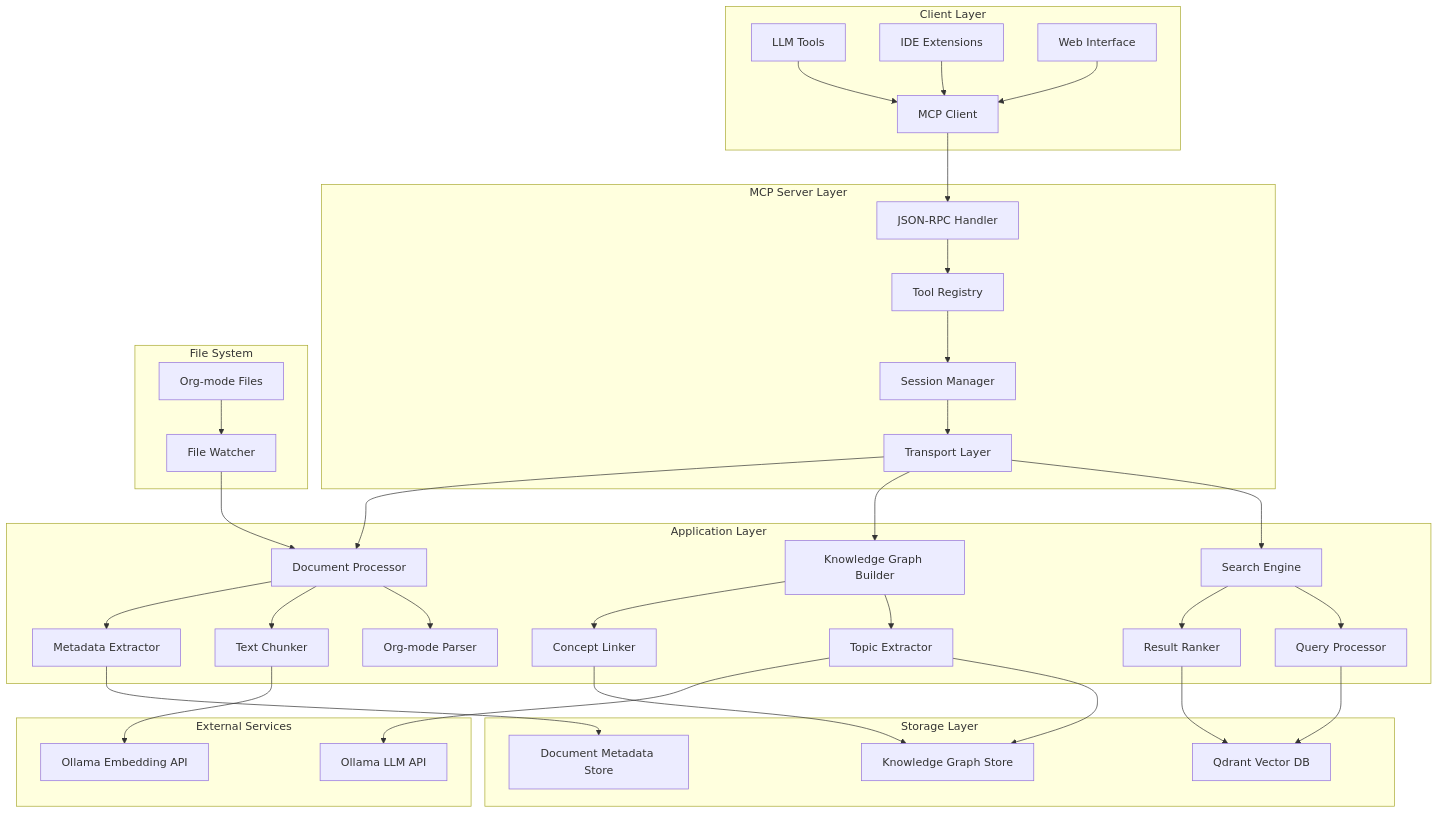
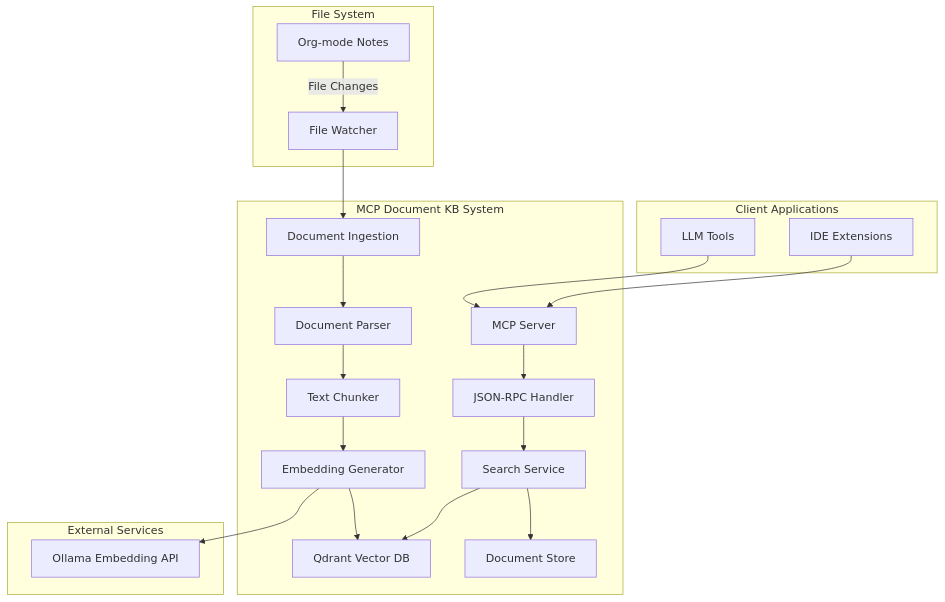
Before and after one commit to christianromney/mcp-document-kb: the diagram in docs/architecture.org, drawn with Mermaid. The commit also changed other lines of this file and 7 other files, not shown here.

```diff
--- a/docs/architecture.org
+++ b/docs/architecture.org
@@ -70,49 +58,28 @@
 #+BEGIN_SRC mermaid :file tangle/architecture-diagram.png :exports both
 graph TB
-    subgraph "Client Layer"
-        A[LLM Tools] --> B[MCP Client]
-        C[IDE Extensions] --> B
-        D[Web Interface] --> B
+    subgraph "File System"
+        A[Org-mode Notes] -->|File Changes| B[File Watcher]
     end
-
-    subgraph "MCP Server Layer"
-        B --> E[JSON-RPC Handler]
-        E --> F[Tool Registry]
-        F --> G[Session Manager]
-        G --> H[Transport Layer]
+    
+    subgraph "MCP Document KB System"
+        B --> C[Document Ingestion]
+        C --> D[Document Parser]
+        D --> E[Text Chunker]
+        E --> F[Embedding Generator]
+        F --> G[Qdrant Vector DB]
+        
+        H[MCP Server] --> I[JSON-RPC Handler]
+        I --> J[Search Service]
+        J --> G
+        J --> K[Document Store]
     end
-
-    subgraph "Application Layer"
-        H --> I[Search Engine]
-        H --> J[Knowledge Graph Builder]
-        H --> K[Document Processor]
-
-        I --> L[Query Processor]
-        I --> M[Result Ranker]
-
-        J --> N[Topic Extractor]
-        J --> O[Concept Linker]
-
-        K --> P[Org-mode Parser]
-        K --> Q[Text Chunker]
-        K --> R[Metadata Extractor]
+    
+    subgraph "External Services"
+        F --> L[Ollama Embedding API]
     end
-
-    subgraph "Storage Layer"
-        L --> S[Qdrant Vector DB]
-        M --> S
-        N --> T[Knowledge Graph Store]
-        O --> T
-        R --> U[Document Metadata Store]
-    end
-
-    subgraph "External Services"
-        Q --> V[Ollama Embedding API]
-        N --> W[Ollama LLM API]
-    end
-
-    subgraph "File System"
-        X[Org-mode Files] --> Y[File Watcher]
-        Y --> K
+    
+    subgraph "Client Applications"
+        M[LLM Tools] --> H
+        N[IDE Extensions] --> H
     end
 #+END_SRC
```
